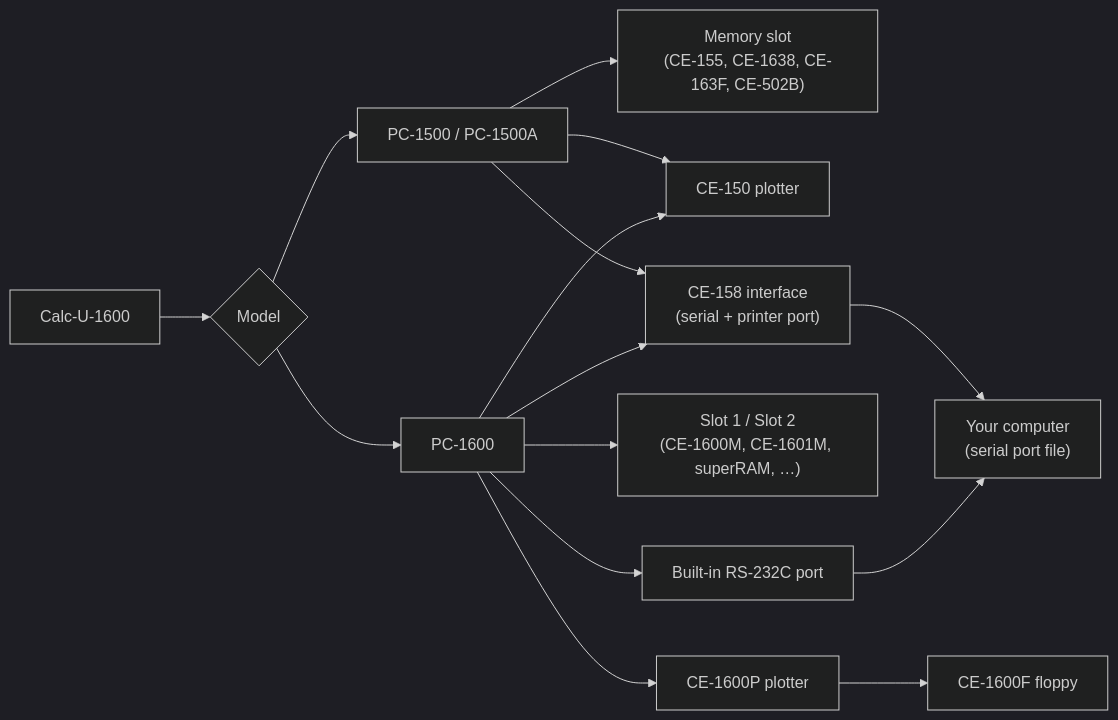
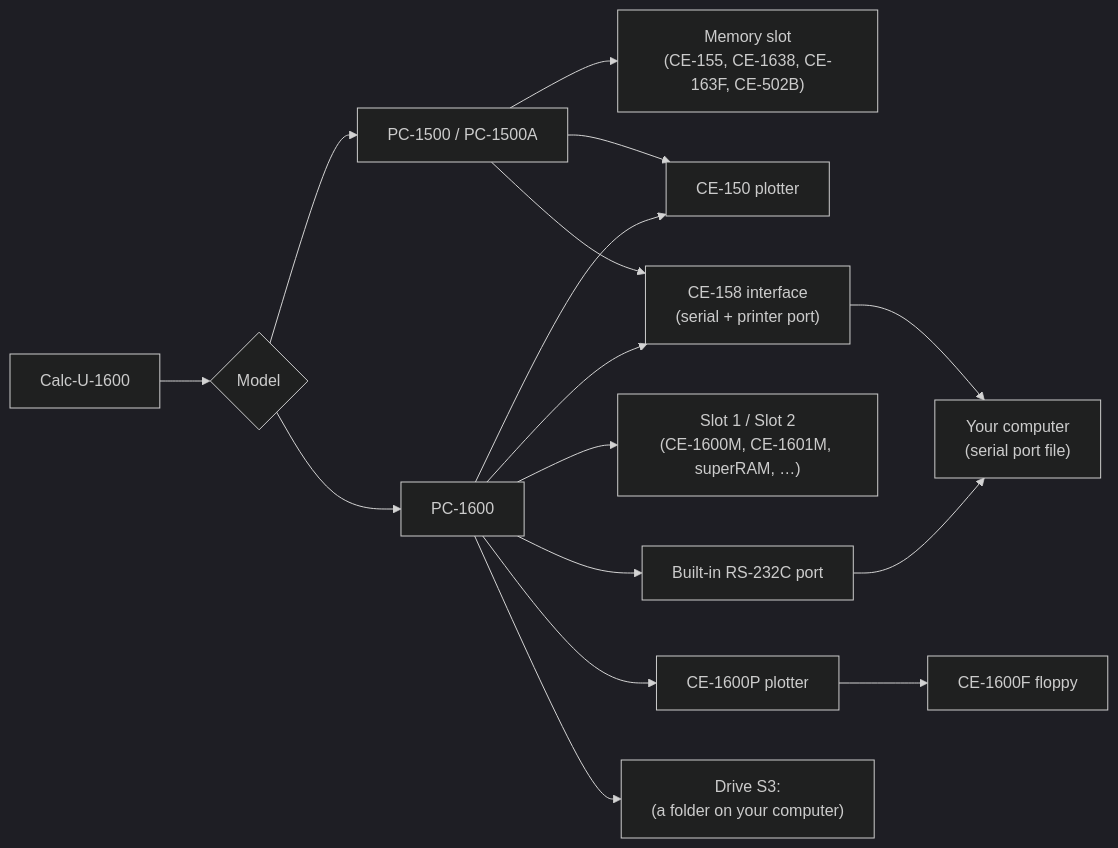
The first of 8 diagrams in docs/User-Guide.md (tinue/Calc-U-1600), drawn with Mermaid (dark theme) before and after one commit. The commit also changed other lines of this file and 10 other files, not shown here.

````diff
--- a/docs/User-Guide.md
+++ b/docs/User-Guide.md
@@ -38,16 +39,17 @@
 ```mermaid
 flowchart LR
     App["Calc-U-1600"] --> Model{"Model"}
     Model --> P15["PC-1500 / PC-1500A"]
     Model --> P16["PC-1600"]
     P15 --> S["Memory slot<br/>(CE-155, CE-1638, CE-163F, CE-502B)"]
     P15 --> C150["CE-150 plotter"]
     P15 --> C158["CE-158 interface<br/>(serial + printer port)"]
     P16 --> S1["Slot 1 / Slot 2<br/>(CE-1600M, CE-1601M, superRAM, …)"]
     P16 --> C16P["CE-1600P plotter"] --> C16F["CE-1600F floppy"]
     P16 --> C150
     P16 --> C158
     P16 --> COM["Built-in RS-232C port"]
+    P16 --> S3["Drive S3:<br/>(a folder on your computer)"]
     C158 --> Host["Your computer<br/>(serial port file)"]
     COM --> Host
 ```
````
